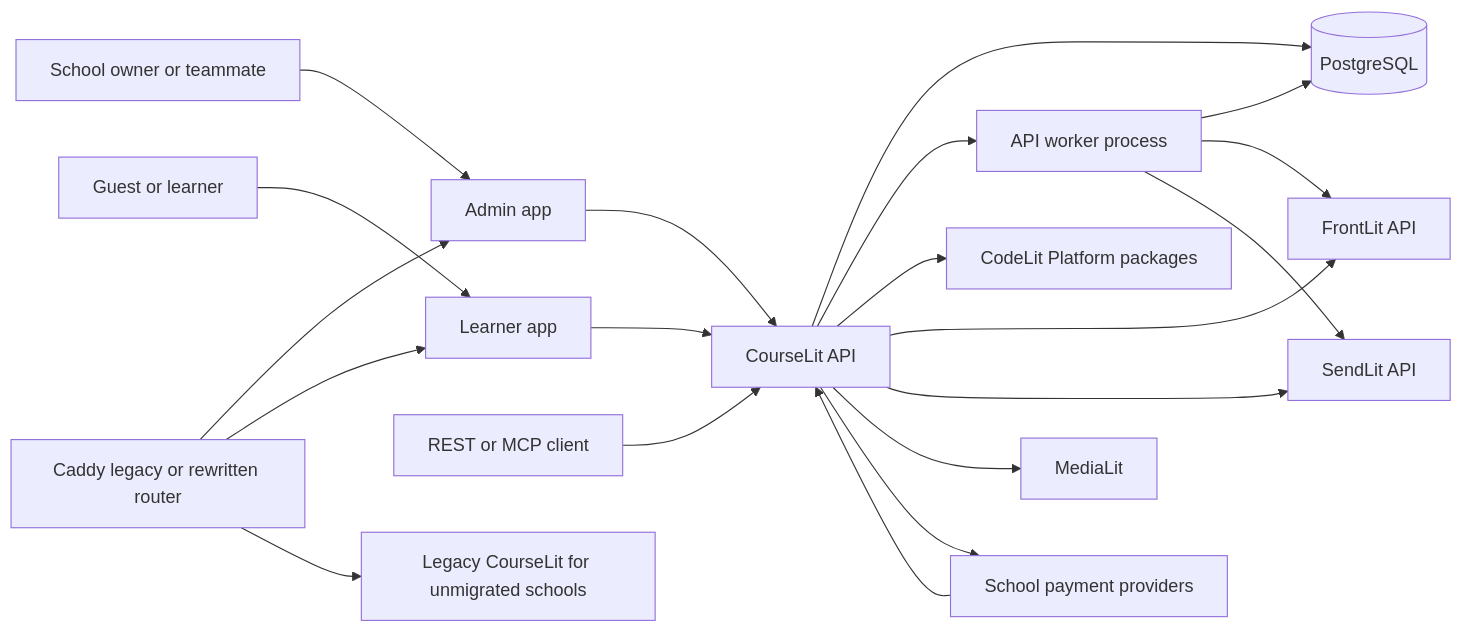
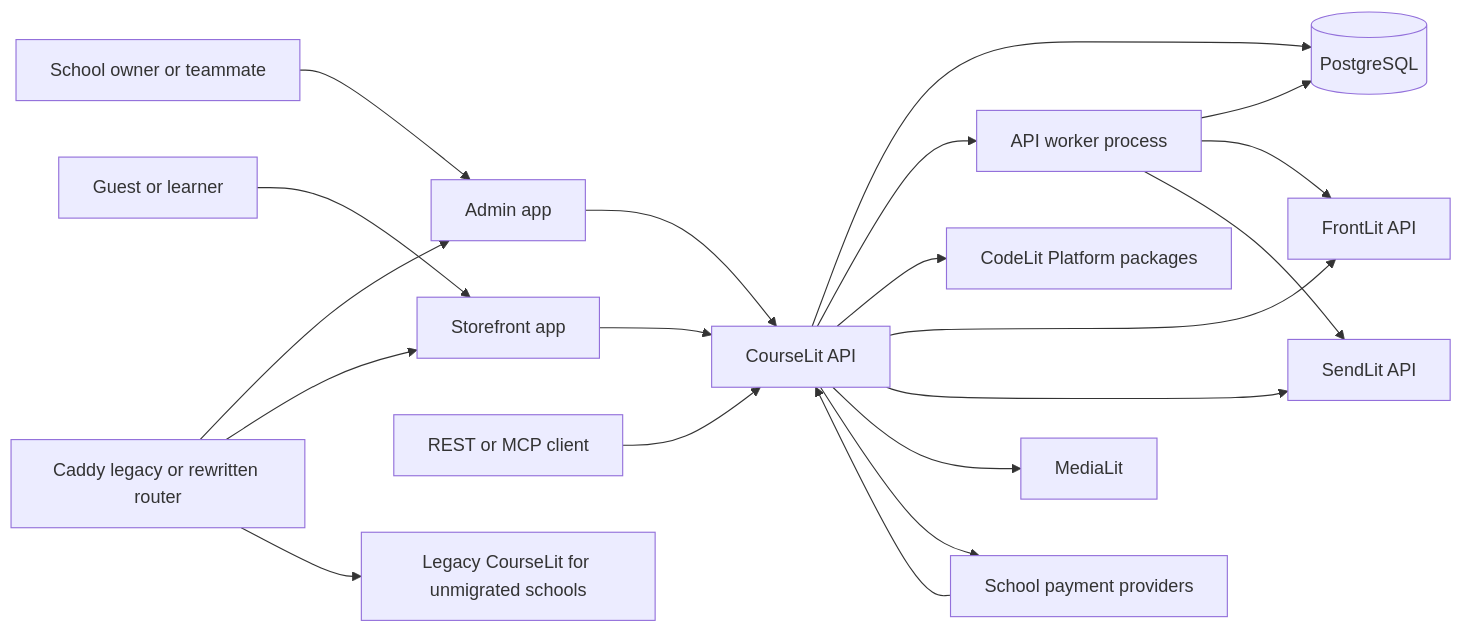
One commit to codelitdev/courselit changed the first of 2 diagrams in docs/platform-based-rewrite.md. Above: the diagram before and after it, drawn with Mermaid. The commit also changed other lines of this file and 270 other files, not shown here.

````diff
--- a/docs/platform-based-rewrite.md
+++ b/docs/platform-based-rewrite.md
@@ -161,22 +161,22 @@
 ```mermaid
 flowchart LR
     Admin[School owner or teammate] --> AdminApp[Admin app]
-    Learner[Guest or learner] --> LearnerApp[Learner app]
+    Learner[Guest or learner] --> StorefrontApp[Storefront app]
     ApiClient[REST or MCP client] --> API[CourseLit API]
     Caddy[Caddy legacy or rewritten router] --> AdminApp
-    Caddy --> LearnerApp
+    Caddy --> StorefrontApp
     Caddy --> Legacy[Legacy CourseLit for unmigrated schools]
     AdminApp --> API
-    LearnerApp --> API
+    StorefrontApp --> API
     API --> PG[(PostgreSQL)]
     API --> Worker[API worker process]
     Worker --> PG
     API --> Platform[CodeLit Platform packages]
     API --> FrontLit[FrontLit API]
     API --> SendLit[SendLit API]
     API --> MediaLit[MediaLit]
     API --> Payments[School payment providers]
     Worker --> FrontLit
     Worker --> SendLit
     Payments --> API
 ```
````
